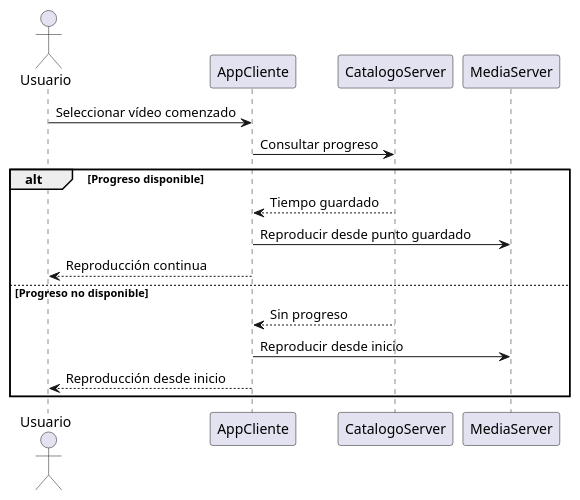
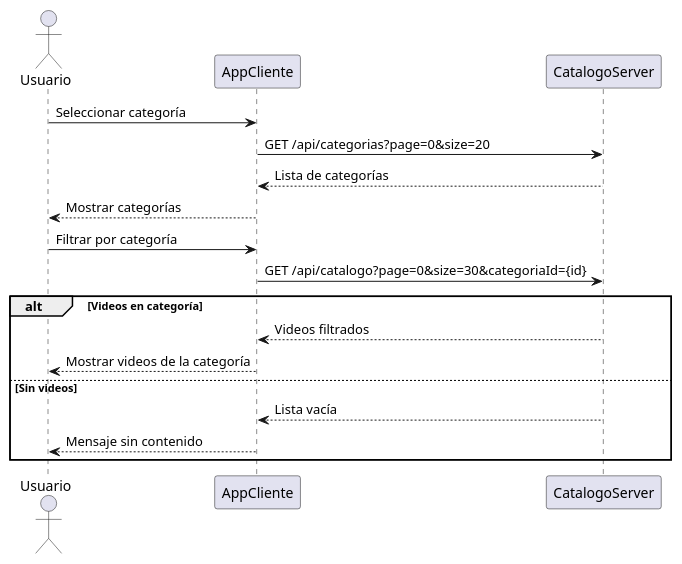
One commit to ComfyPenguin/Bloste-Docs changed the ninth of 9 diagrams in docs/frontend/video_reproductor.md. Above: the diagram before and after it, drawn with PlantUML. The commit also changed other lines of this file and 1 other file, not shown here.

First line of the commit message:
Update video_reproductor.md to reflect blosteflix2 Flutter architecture (#2)

````diff
--- a/docs/frontend/video_reproductor.md
+++ b/docs/frontend/video_reproductor.md
@@ -211,21 +299,22 @@
 ```plantuml
 @startuml
 actor Usuario
 participant AppCliente
 participant CatalogoServer
-participant MediaServer
 
-Usuario -> AppCliente : Seleccionar vídeo comenzado
-AppCliente -> CatalogoServer : Consultar progreso
-alt Progreso disponible
-    CatalogoServer --> AppCliente : Tiempo guardado
-    AppCliente -> MediaServer : Reproducir desde punto guardado
-    AppCliente --> Usuario : Reproducción continua
-else Progreso no disponible
-    CatalogoServer --> AppCliente : Sin progreso
-    AppCliente -> MediaServer : Reproducir desde inicio
-    AppCliente --> Usuario : Reproducción desde inicio
+Usuario -> AppCliente : Seleccionar categoría
+AppCliente -> CatalogoServer : GET /api/categorias?page=0&size=20
+CatalogoServer --> AppCliente : Lista de categorías
+AppCliente --> Usuario : Mostrar categorías
+
+Usuario -> AppCliente : Filtrar por categoría
+AppCliente -> CatalogoServer : GET /api/catalogo?page=0&size=30&categoriaId={id}
+alt Videos en categoría
+    CatalogoServer --> AppCliente : Videos filtrados
+    AppCliente --> Usuario : Mostrar videos de la categoría
+else Sin videos
+    CatalogoServer --> AppCliente : Lista vacía
+    AppCliente --> Usuario : Mensaje sin contenido
 end
 @enduml
-
 ```
````
